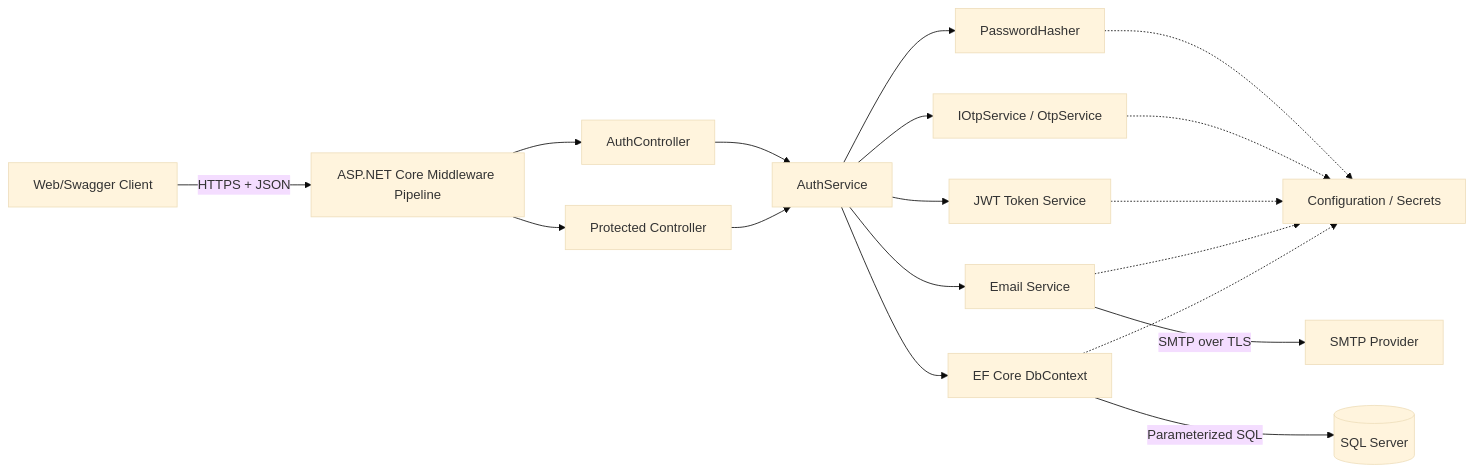
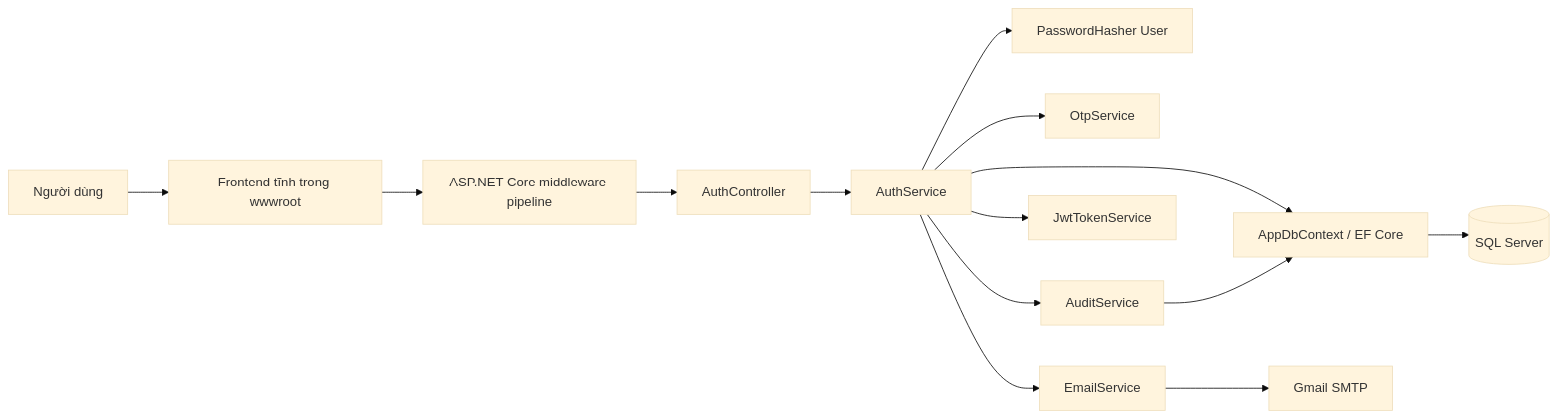
One commit to ThanhTM68/otp-auth-system changed the first of 3 diagrams in docs/ARCHITECTURE.md. Above: the diagram before and after it, drawn with Mermaid (base theme). The commit also changed other lines of this file and 11 other files, not shown here.

````diff
--- a/docs/ARCHITECTURE.md
+++ b/docs/ARCHITECTURE.md
@@ -13,23 +23,18 @@
 ```mermaid
 flowchart LR
-    Client[Web/Swagger Client] -->|HTTPS + JSON| Pipeline[ASP.NET Core Middleware Pipeline]
-    Pipeline --> AuthController[AuthController]
-    Pipeline --> ProtectedController[Protected Controller]
+    U[Người dùng] --> UI[Frontend tĩnh trong wwwroot]
+    UI --> P[ASP.NET Core middleware pipeline]
+    P --> AC[AuthController]
+    AC --> AS[AuthService]
 
-    AuthController --> AuthService[AuthService]
-    ProtectedController --> AuthService
+    AS --> PH[PasswordHasher User]
+    AS --> OS[OtpService]
+    AS --> ES[EmailService]
+    AS --> JS[JwtTokenService]
+    AS --> AU[AuditService]
+    AS --> DB[AppDbContext / EF Core]
+    AU --> DB
 
-    AuthService --> PasswordHasher[PasswordHasher]
-    AuthService --> OtpService[IOtpService / OtpService]
-    AuthService --> JwtService[JWT Token Service]
-    AuthService --> EmailService[Email Service]
-    AuthService --> DbContext[EF Core DbContext]
-
-    DbContext -->|Parameterized SQL| SqlServer[(SQL Server)]
-    EmailService -->|SMTP over TLS| Smtp[SMTP Provider]
-    PasswordHasher -.-> Config[Configuration / Secrets]
-    OtpService -.-> Config
-    JwtService -.-> Config
-    EmailService -.-> Config
-    DbContext -.-> Config
+    DB --> SQL[(SQL Server)]
+    ES --> SMTP[Gmail SMTP]
 ```
````
